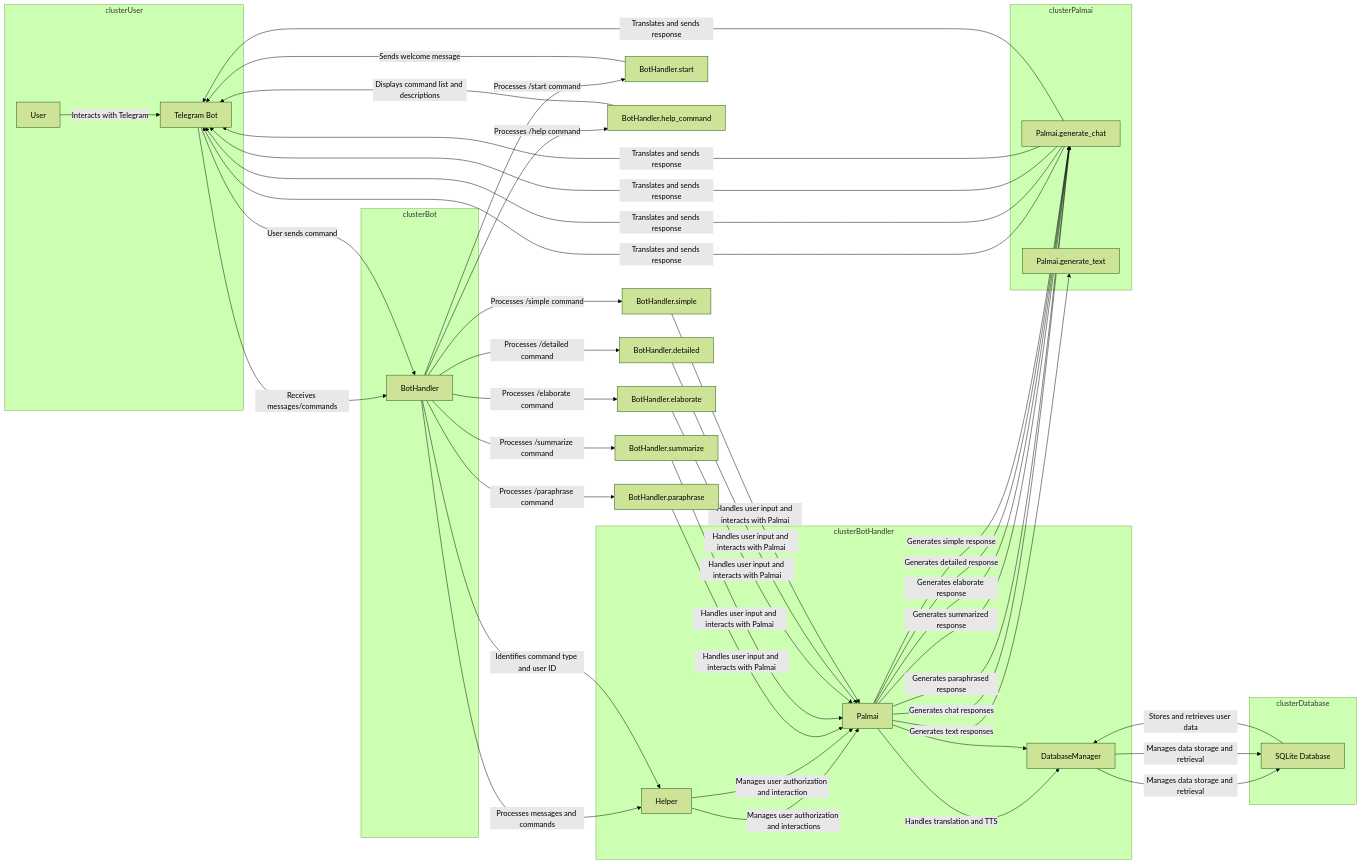
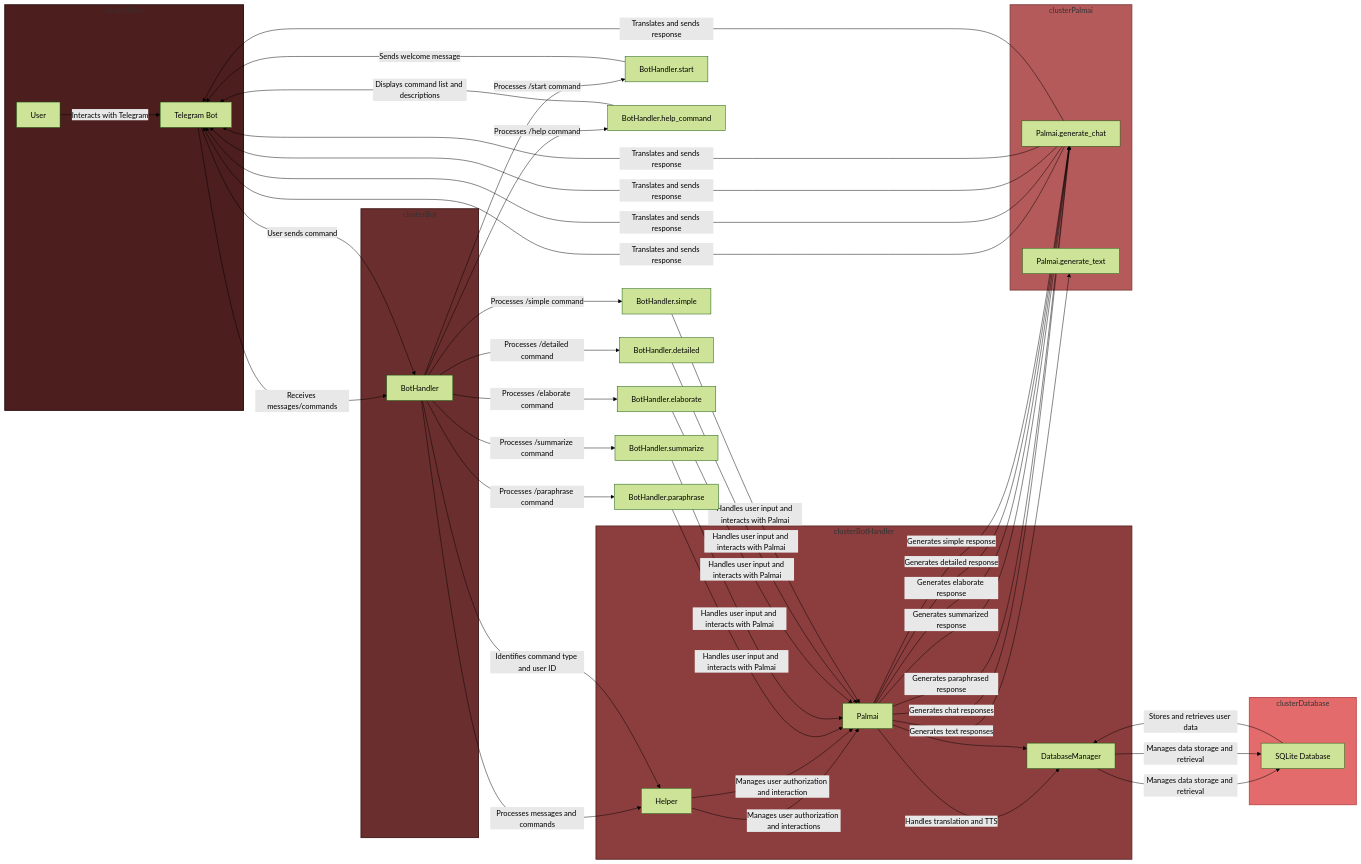
The diagram in readme.md (1999AZZAR/Palm-powered-telegram-bot), drawn with Mermaid (forest theme) before and after one commit.

````diff
--- a/readme.md
+++ b/readme.md
@@ -155,64 +155,70 @@
 ```mermaid
 graph LR;
+
+style clusterUser fill:#4C1E1E,stroke:#2A1010,stroke-width:2px;
+style clusterBot fill:#6B2E2E,stroke:#421B1B,stroke-width:2px;
+style clusterBotHandler fill:#8C3E3E,stroke:#5F2828,stroke-width:2px;
+style clusterPalmai fill:#B45A5A,stroke:#844040,stroke-width:2px;
+style clusterDatabase fill:#E36B6B,stroke:#C04C4C,stroke-width:2px;
 
 subgraph clusterUser
   A[User] -->|Interacts with Telegram| B[Telegram Bot]
 end
 
 subgraph clusterBot
   B -->|Receives messages/commands| C[BotHandler]
 end
 
 subgraph clusterBotHandler
   C -->|Processes messages and commands| D[Helper]
   D -->|Manages user authorization and interactions| E[Palmai]
   E -->|Handles translation and TTS| F[DatabaseManager]
 end
 
 subgraph clusterPalmai
   E -->|Generates chat responses| G[Palmai.generate_chat]
   E -->|Generates text responses| H[Palmai.generate_text]
 end
 
 subgraph clusterDatabase
   F -->|Manages data storage and retrieval| I[SQLite Database]
 end
 
 B -->|User sends command| C
 C -->|Identifies command type and user ID| D
 D -->|Manages user authorization and interaction| E
 E --> F
 F -->|Manages data storage and retrieval| I
 I -->|Stores and retrieves user data| F
 
 C -->|Processes /start command| J[BotHandler.start]
 J -->|Sends welcome message| B
 
 C -->|Processes /help command| K[BotHandler.help_command]
 K -->|Displays command list and descriptions| B
 
 C -->|Processes /paraphrase command| L[BotHandler.paraphrase]
 L -->|Handles user input and interacts with Palmai| E
 E -->|Generates paraphrased response| G
 G -->|Translates and sends response| B
 
 C -->|Processes /summarize command| M[BotHandler.summarize]
 M -->|Handles user input and interacts with Palmai| E
 E -->|Generates summarized response| G
 G -->|Translates and sends response| B
 
 C -->|Processes /elaborate command| N[BotHandler.elaborate]
 N -->|Handles user input and interacts with Palmai| E
 E -->|Generates elaborate response| G
 G -->|Translates and sends response| B
 
 C -->|Processes /detailed command| O[BotHandler.detailed]
 O -->|Handles user input and interacts with Palmai| E
 E -->|Generates detailed response| G
 G -->|Translates and sends response| B
 
 C -->|Processes /simple command| P[BotHandler.simple]
 P -->|Handles user input and interacts with Palmai| E
 E -->|Generates simple response| G
 G -->|Translates and sends response| B
 ```
````
